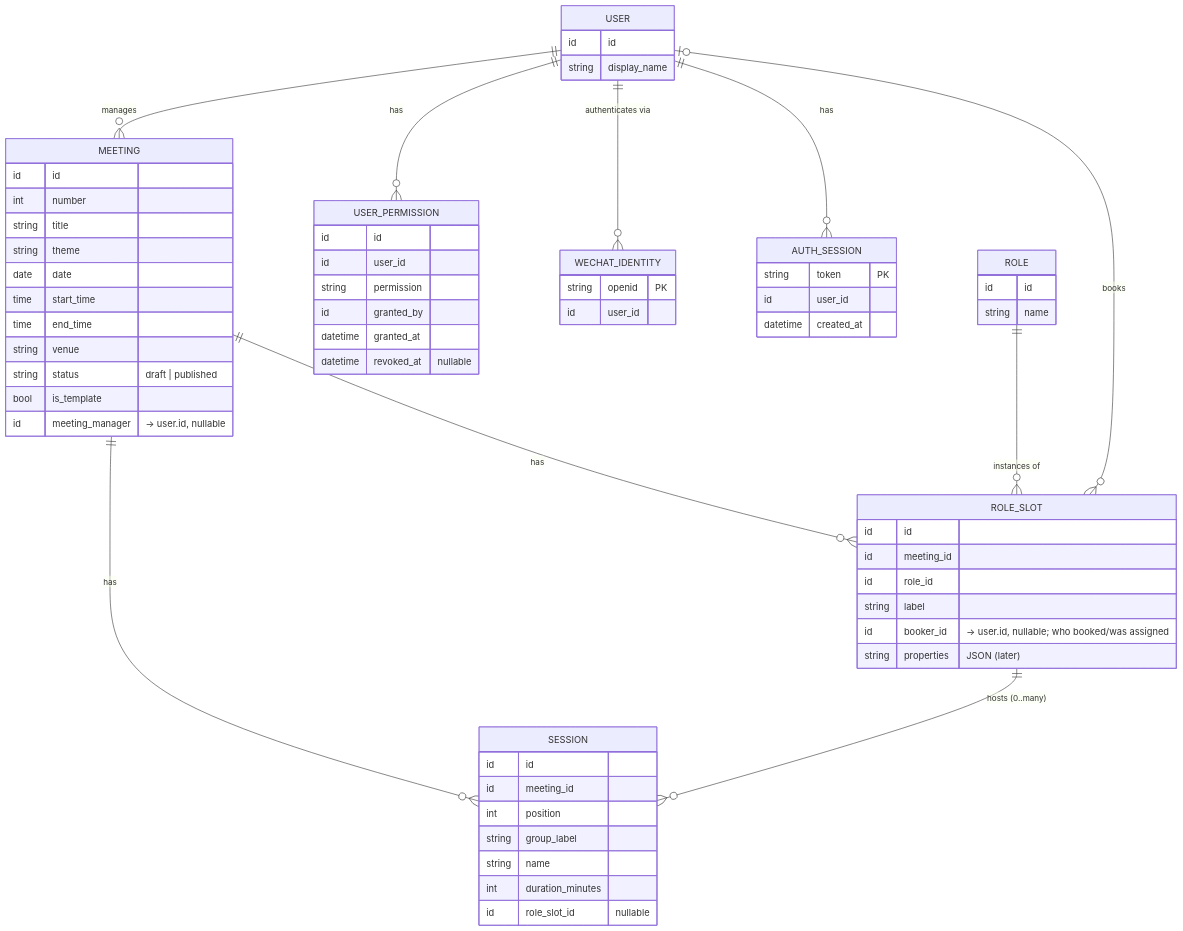
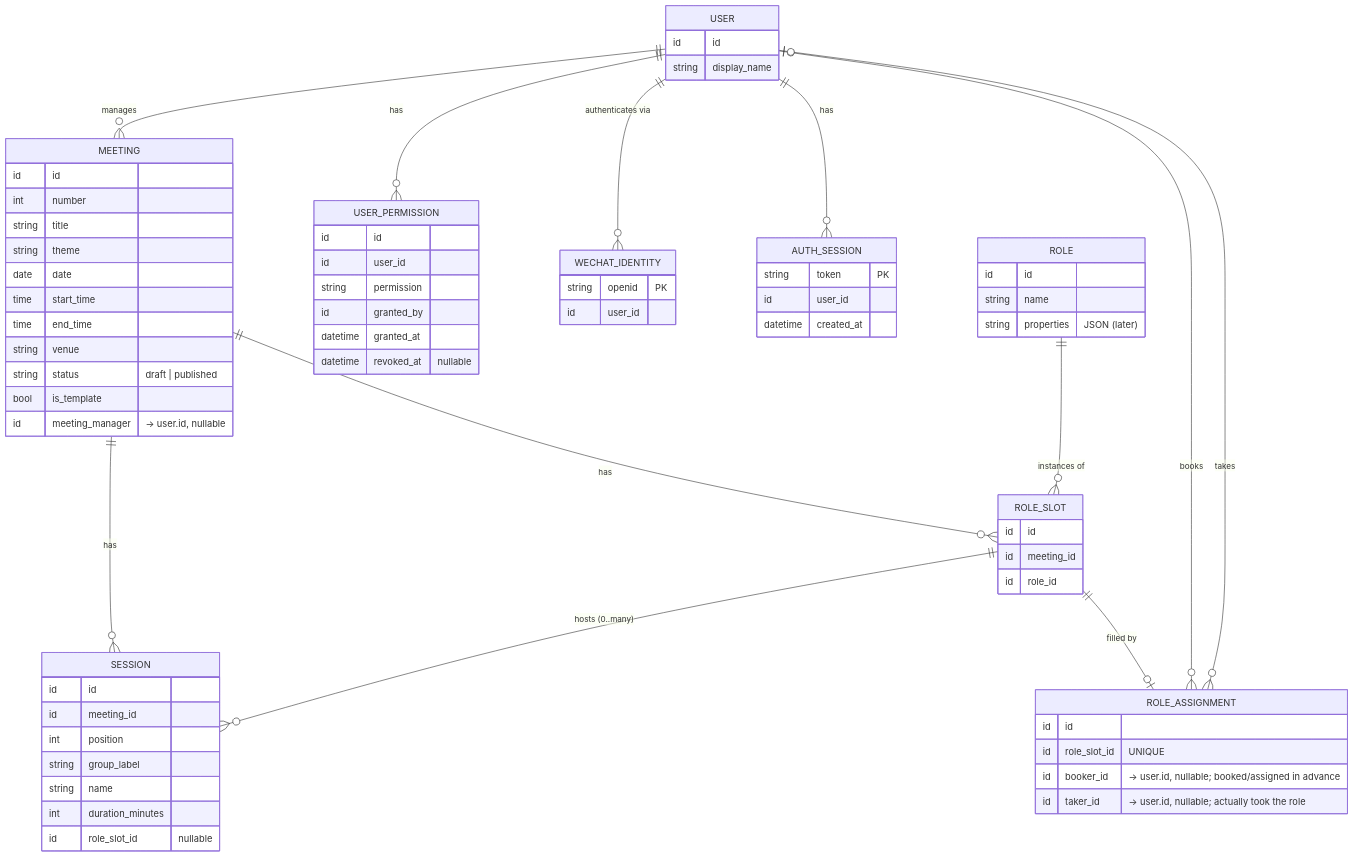
The diagram in design/storage/schema.md (misu-tmc/misu), drawn with Mermaid before and after one commit. The commit also changed other lines of this file and 7 other files, not shown here.

First line of the commit message:
Migrate to flattened role_slot + role_assignment model

````diff
--- a/design/storage/schema.md
+++ b/design/storage/schema.md
@@ -15,68 +15,74 @@
 ```mermaid
 erDiagram
     USER      ||--o{ MEETING   : manages
     USER      ||--o{ USER_PERMISSION : has
     USER      ||--o{ WECHAT_IDENTITY : "authenticates via"
     USER      ||--o{ AUTH_SESSION : has
     MEETING   ||--o{ SESSION   : has
     MEETING   ||--o{ ROLE_SLOT : has
     ROLE      ||--o{ ROLE_SLOT : "instances of"
     ROLE_SLOT ||--o{ SESSION   : "hosts (0..many)"
-    USER      |o--o{ ROLE_SLOT : "books"
+    ROLE_SLOT ||--o| ROLE_ASSIGNMENT : "filled by"
+    USER      |o--o{ ROLE_ASSIGNMENT : "books"
+    USER      |o--o{ ROLE_ASSIGNMENT : "takes"
 
     USER {
         id     id
         string display_name
     }
     WECHAT_IDENTITY {
         string openid "PK"
         id     user_id
     }
     AUTH_SESSION {
         string   token "PK"
         id       user_id
         datetime created_at
     }
     USER_PERMISSION {
         id       id
         id       user_id
         string   permission
         id       granted_by
         datetime granted_at
         datetime revoked_at "nullable"
     }
     MEETING {
         id     id
         int    number
         string title
         string theme
         date   date
         time   start_time
         time   end_time
         string venue
         string status "draft | published"
         bool   is_template
         id     meeting_manager "-> user.id, nullable"
     }
     SESSION {
         id     id
         id     meeting_id
         int    position
         string group_label
         string name
         int    duration_minutes
         id     role_slot_id "nullable"
     }
     ROLE {
         id     id
         string name
+        string properties "JSON (later)"
     }
     ROLE_SLOT {
         id     id
         id     meeting_id
         id     role_id
-        string label
-        id     booker_id "-> user.id, nullable; who booked/was assigned"
-        string properties "JSON (later)"
+    }
+    ROLE_ASSIGNMENT {
+        id     id
+        id     role_slot_id "UNIQUE"
+        id     booker_id "-> user.id, nullable; booked/assigned in advance"
+        id     taker_id  "-> user.id, nullable; actually took the role"
     }
 ```
````
